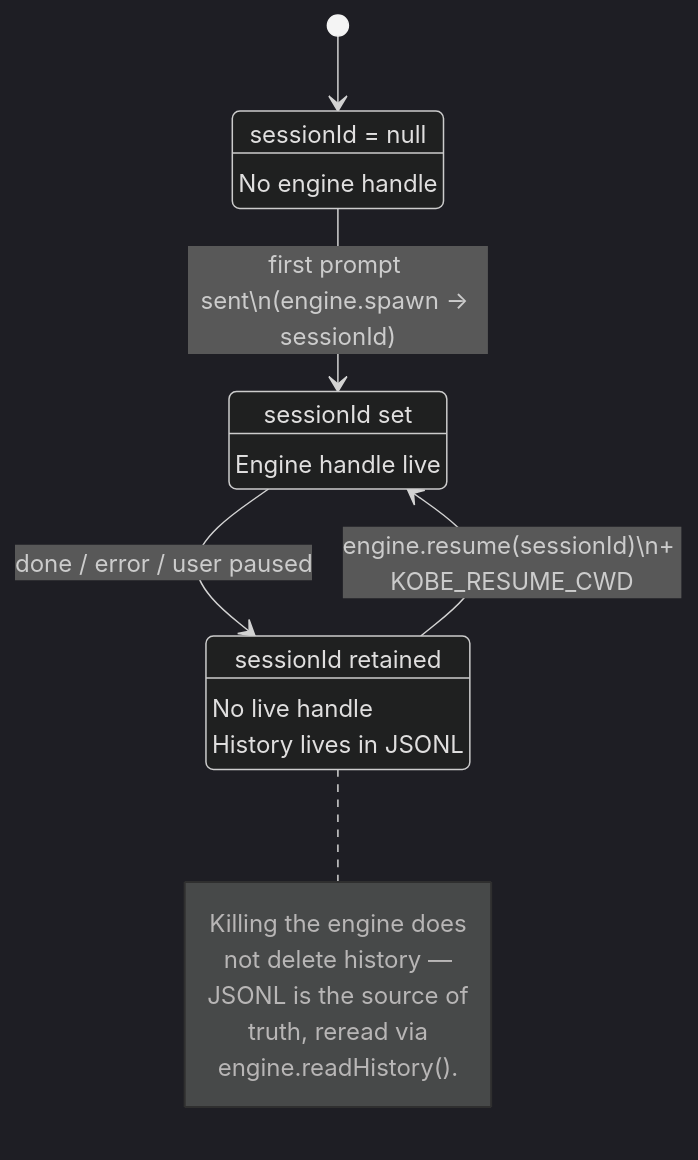
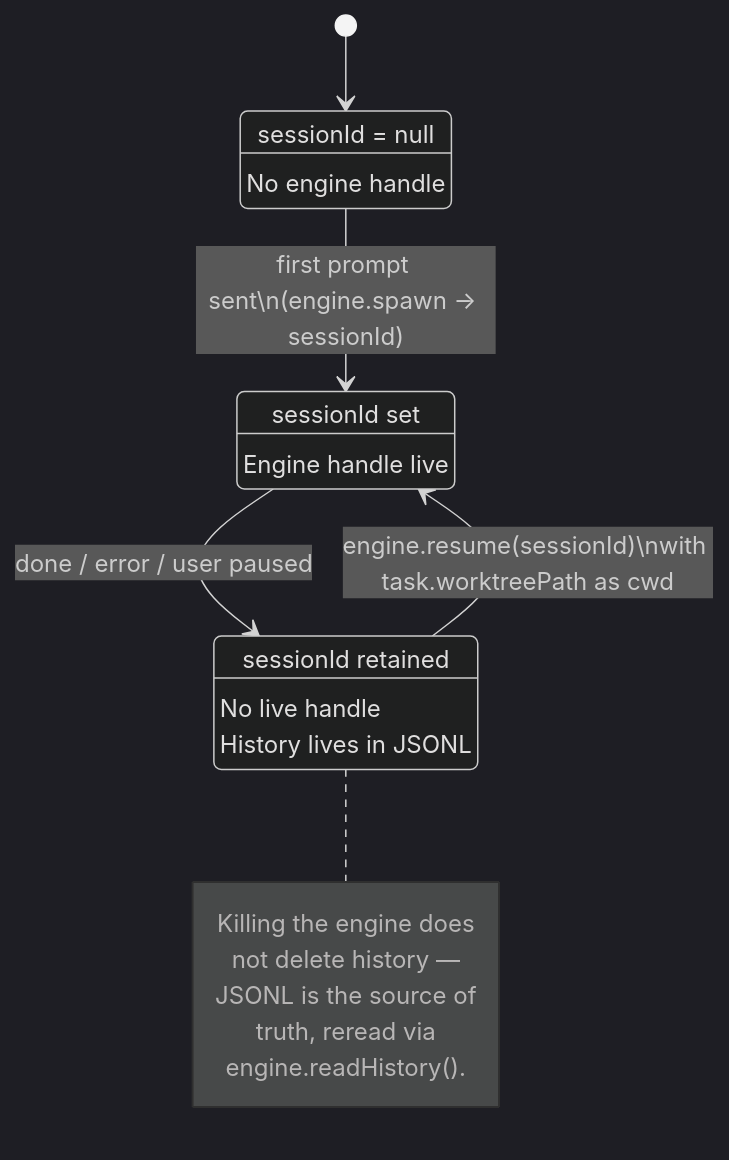
The second of 2 diagrams in docs/design/tasks.md (Sma1lboy/kobe), drawn with Mermaid (dark theme) before and after one commit. The commit also changed other lines of this file and 10 other files, not shown here.

````diff
--- a/docs/design/tasks.md
+++ b/docs/design/tasks.md
@@ -136,22 +136,22 @@
 ```mermaid
 stateDiagram-v2
     [*] --> Created
     Created : sessionId = null
     Created : No engine handle
     Created --> Streaming : first prompt sent\n(engine.spawn → sessionId)
     Streaming : sessionId set
     Streaming : Engine handle live
     Streaming --> Idle : done / error / user paused
-    Idle --> Streaming : engine.resume(sessionId)\n+ KOBE_RESUME_CWD
+    Idle --> Streaming : engine.resume(sessionId)\nwith task.worktreePath as cwd
     Idle : sessionId retained
     Idle : No live handle
     Idle : History lives in JSONL
 
     note right of Idle
         Killing the engine does
         not delete history —
         JSONL is the source of
         truth, reread via
         engine.readHistory().
     end note
 ```
````
